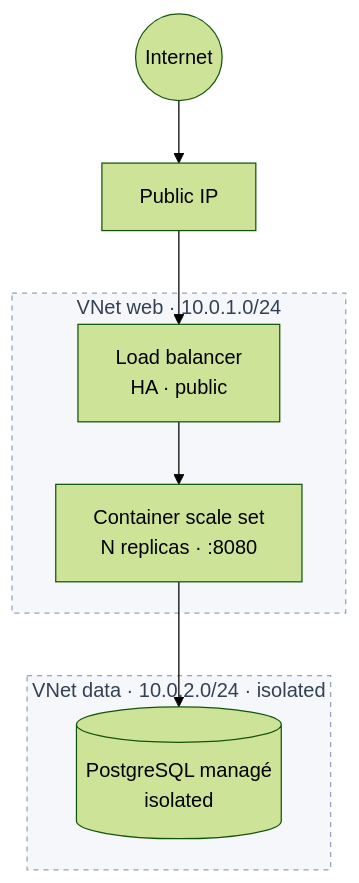
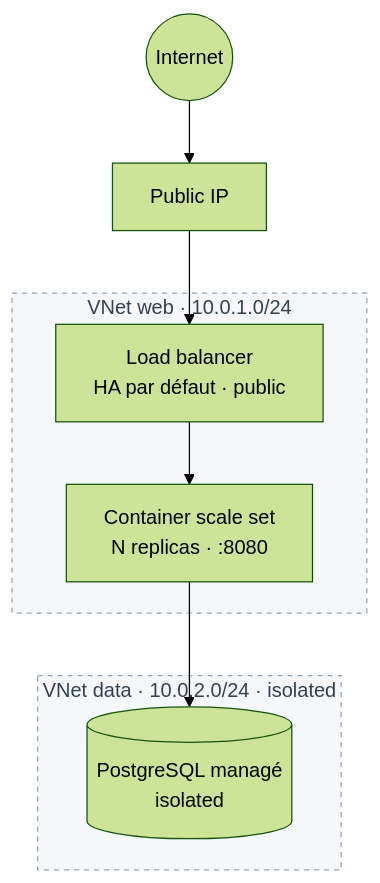
Before and after one commit to cetic-group/cetic-cloud-terraform-modules: the diagram in landing-zones/basic-web-app/README.md, drawn with Mermaid (forest theme). The commit also changed other lines of this file and 33 other files, not shown here.

````diff
--- a/landing-zones/basic-web-app/README.md
+++ b/landing-zones/basic-web-app/README.md
@@ -5,21 +5,21 @@
 ```mermaid
 flowchart TD
     net((Internet))
     pip[Public IP]
-    lb[Load balancer<br/>HA · public]
+    lb[Load balancer<br/>HA par défaut · public]
     cs[Container scale set<br/>N replicas · :8080]
     db[(PostgreSQL managé<br/>isolated)]
 
     net --> pip --> lb --> cs --> db
 
     subgraph web [VNet web · 10.0.1.0/24]
       lb
       cs
     end
     subgraph data [VNet data · 10.0.2.0/24 · isolated]
       db
     end
 
     classDef vnet fill:#f5f7fa,stroke:#94a3b8,stroke-dasharray:4 4,color:#334155
     class web,data vnet
 ```
````
